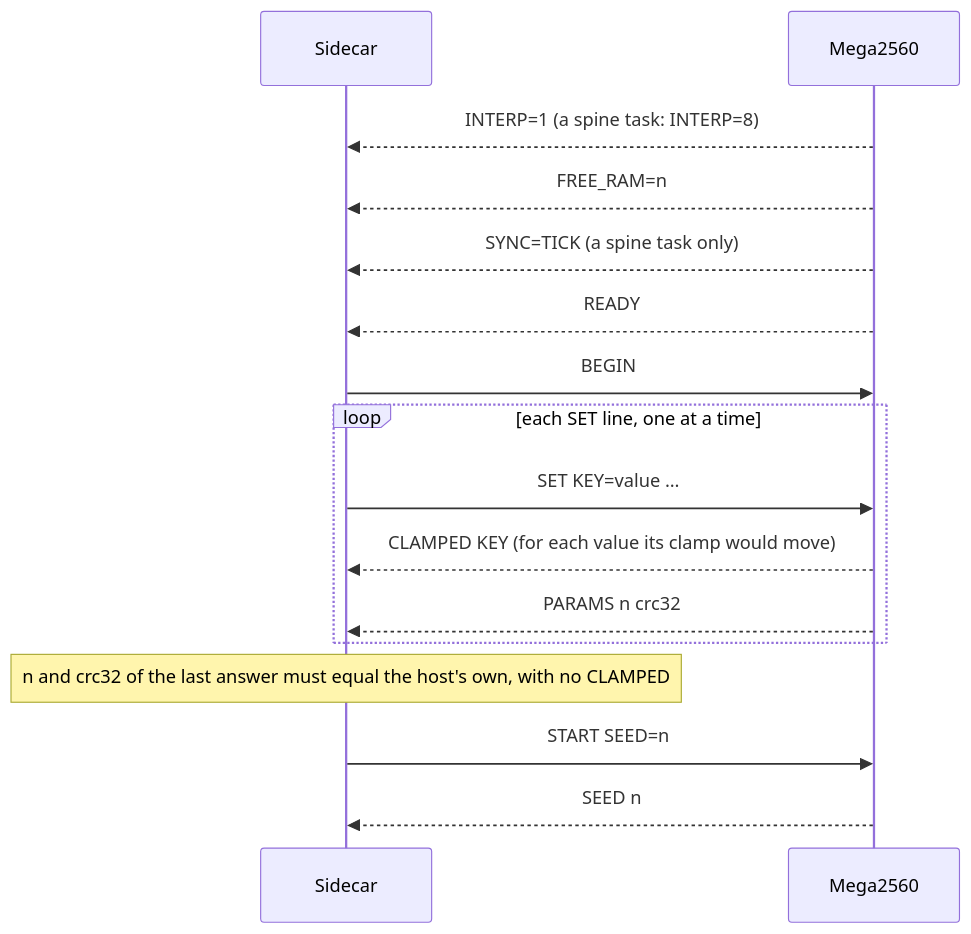
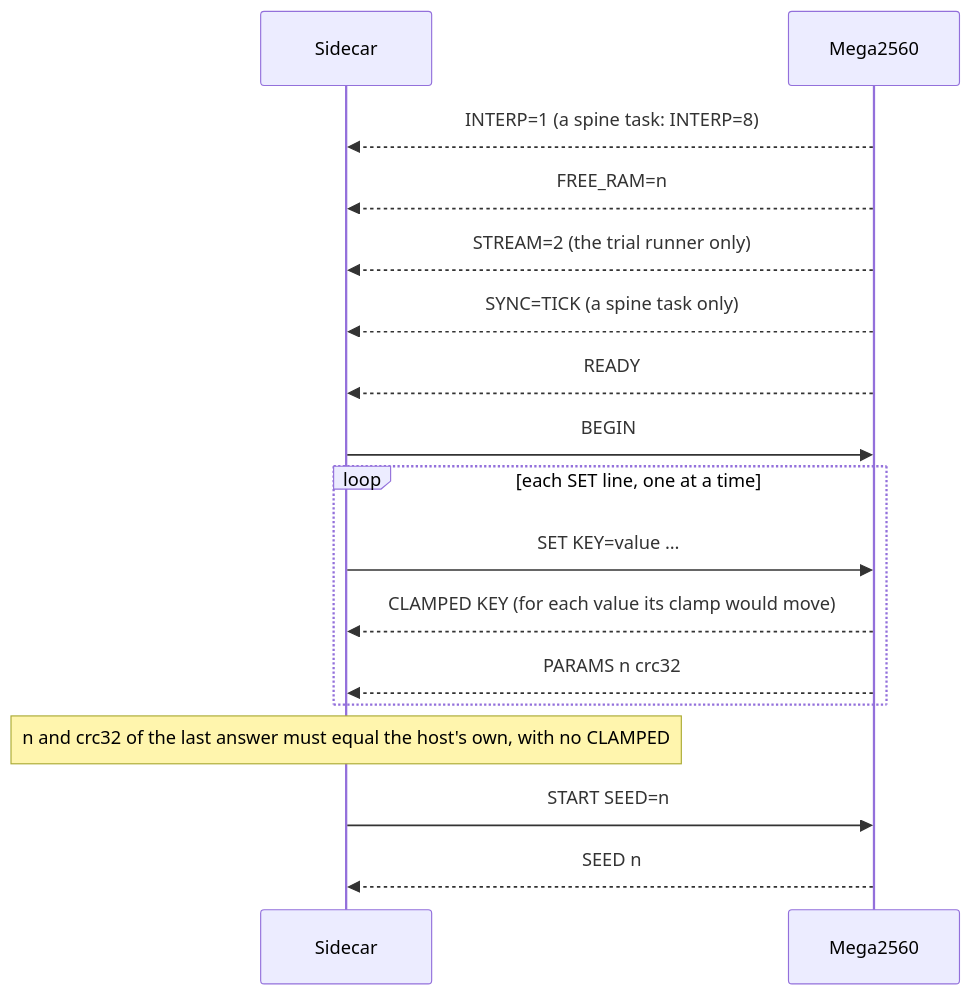
One commit to Chase-NJ/Ephymeris changed the sixth of 7 diagrams in docs/TASKS.md. Above: the diagram before and after it, drawn with Mermaid. The commit also changed other lines of this file and 73 other files, not shown here.

````diff
--- a/docs/TASKS.md
+++ b/docs/TASKS.md
@@ -1336,18 +1391,19 @@
 ```mermaid
 sequenceDiagram
     participant Host as Sidecar
     participant Board as Mega2560
     Board-->>Host: INTERP=1 (a spine task: INTERP=8)
     Board-->>Host: FREE_RAM=n
+    Board-->>Host: STREAM=2 (the trial runner only)
     Board-->>Host: SYNC=TICK (a spine task only)
     Board-->>Host: READY
     Host->>Board: BEGIN
     loop each SET line, one at a time
         Host->>Board: SET KEY=value …
         Board-->>Host: CLAMPED KEY (for each value its clamp would move)
         Board-->>Host: PARAMS n crc32
     end
     Note over Host: n and crc32 of the last answer must equal the host's own, with no CLAMPED
     Host->>Board: START SEED=n
     Board-->>Host: SEED n
 ```
````
